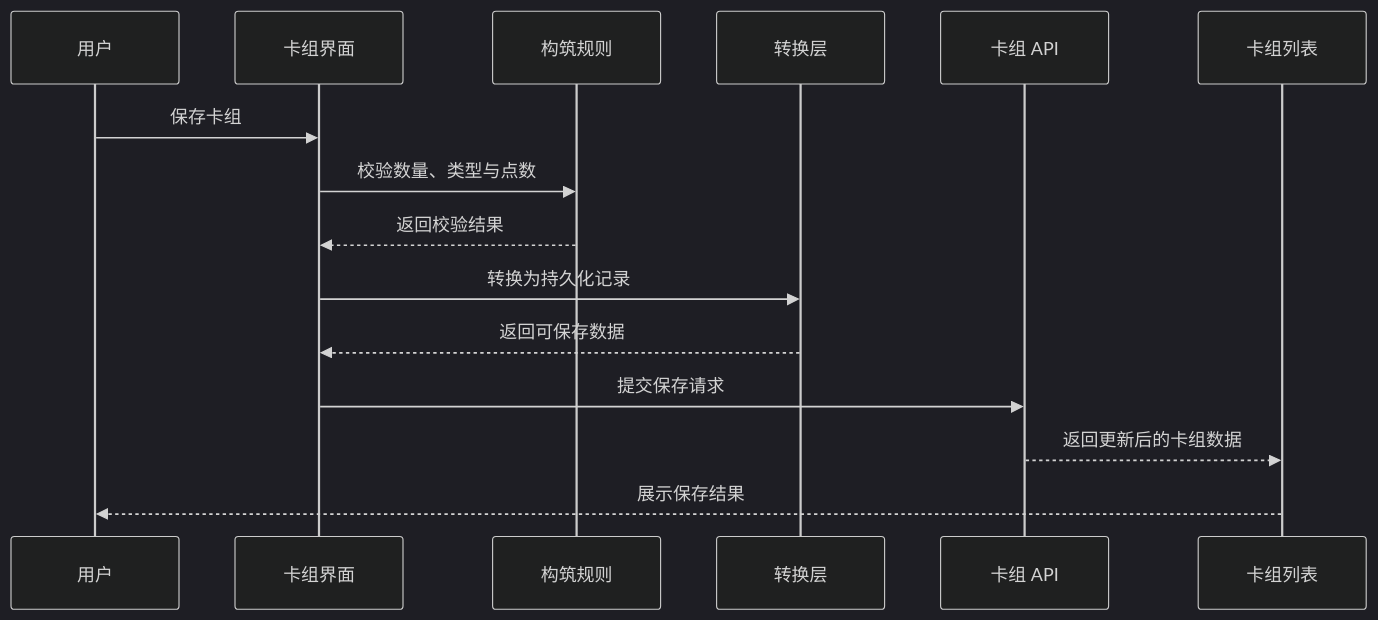
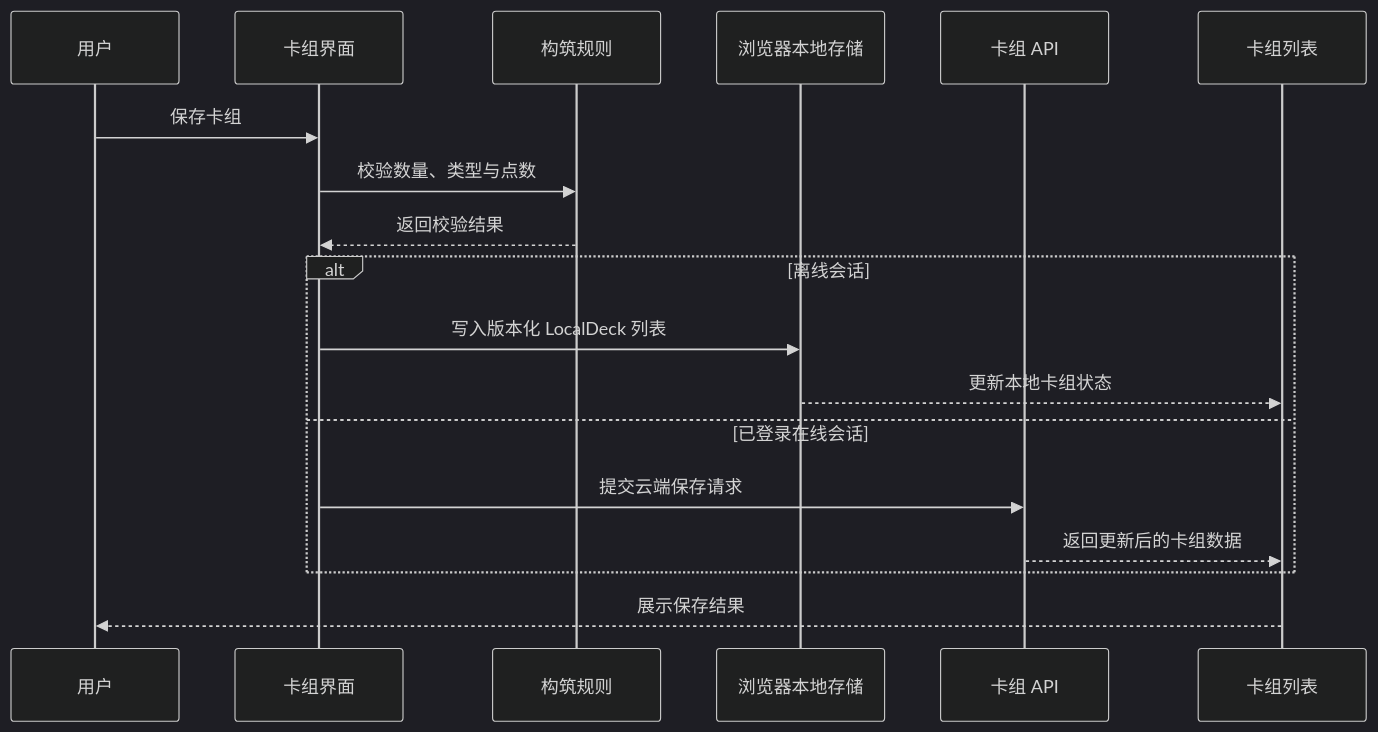
The second of 3 diagrams in docs/deck-management/design.md (catmeow123456/loveca-dev), drawn with Mermaid (dark theme) before and after one commit. The commit also changed other lines of this file and 26 other files, not shown here.

````diff
--- a/docs/deck-management/design.md
+++ b/docs/deck-management/design.md
@@ -146,18 +153,21 @@
 ```mermaid
 sequenceDiagram
     participant User as 用户
     participant UI as 卡组界面
     participant Rule as 构筑规则
-    participant Convert as 转换层
+    participant Local as 浏览器本地存储
     participant API as 卡组 API
     participant Store as 卡组列表
 
     User->>UI: 保存卡组
     UI->>Rule: 校验数量、类型与点数
     Rule-->>UI: 返回校验结果
-    UI->>Convert: 转换为持久化记录
-    Convert-->>UI: 返回可保存数据
-    UI->>API: 提交保存请求
-    API-->>Store: 返回更新后的卡组数据
+    alt 离线会话
+        UI->>Local: 写入版本化 LocalDeck 列表
+        Local-->>Store: 更新本地卡组状态
+    else 已登录在线会话
+        UI->>API: 提交云端保存请求
+        API-->>Store: 返回更新后的卡组数据
+    end
     Store-->>User: 展示保存结果
 ```
````
